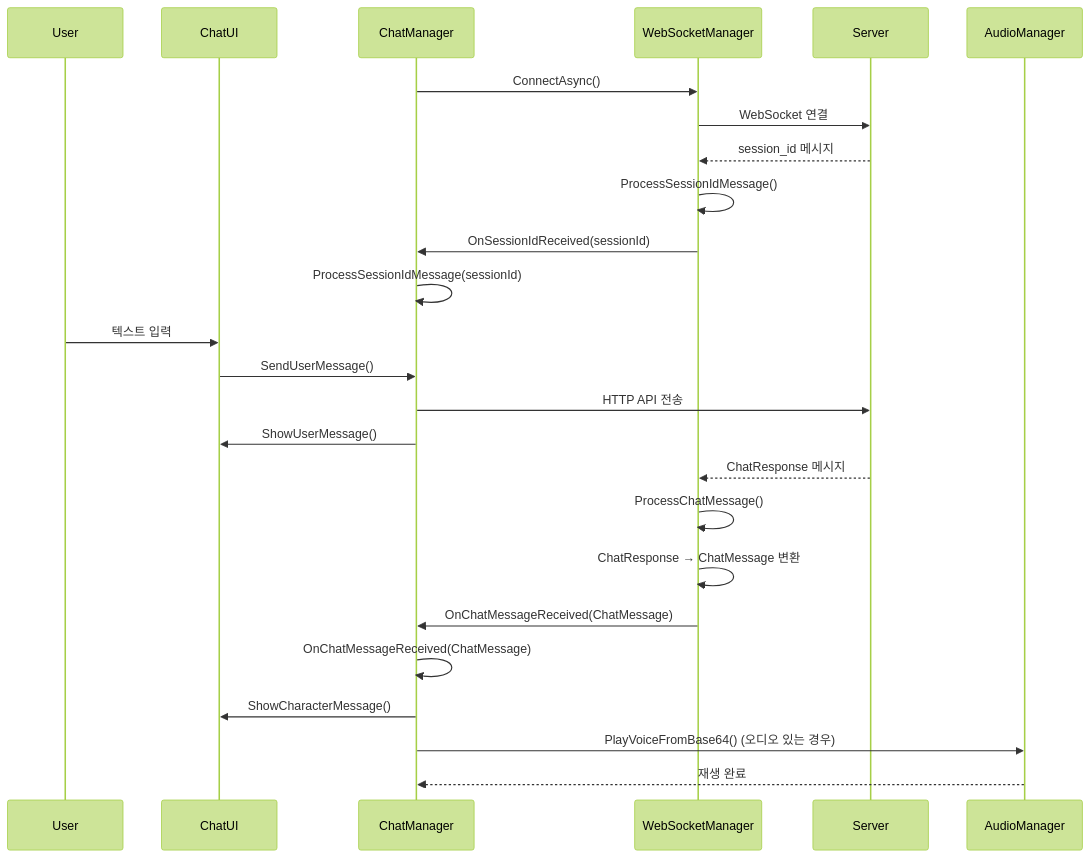
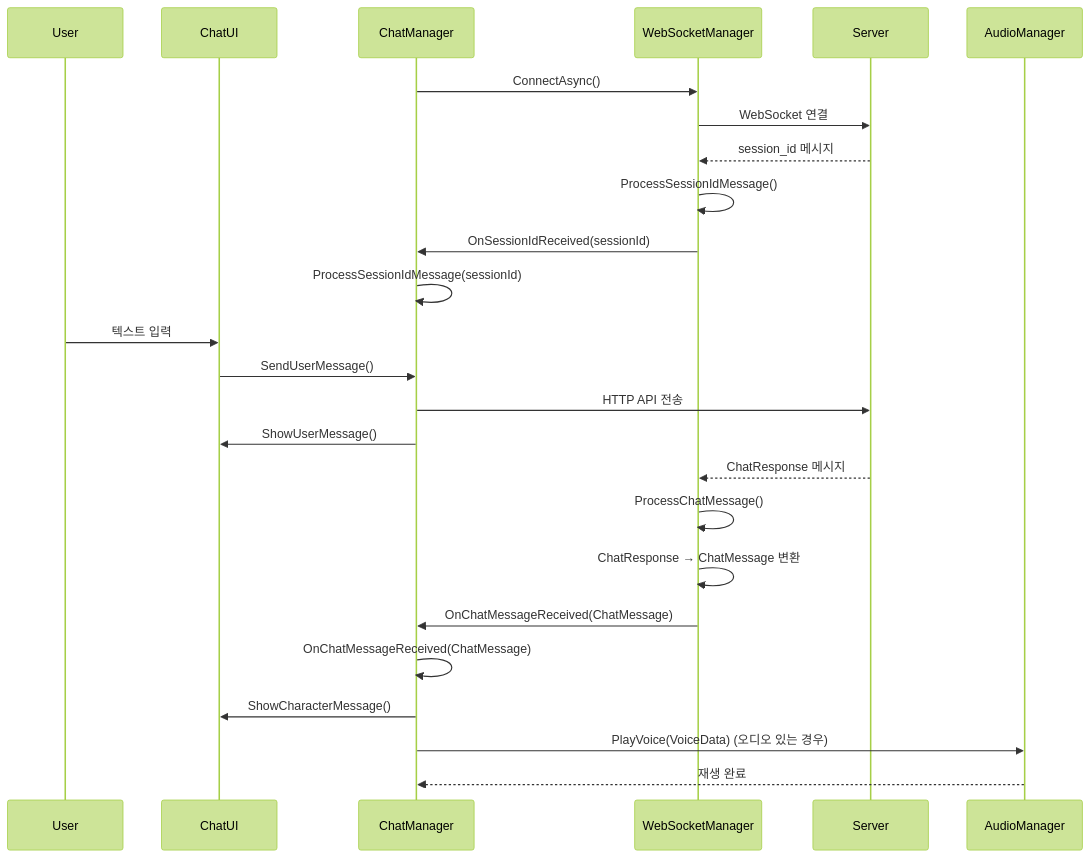
The second of 2 diagrams in Assets/Docs/Chat_System_Design_v2.md (ProjectVG/ProjectVG-Client), drawn with Mermaid (forest theme) before and after one commit. The commit also changed other lines of this file, not shown here.

````diff
--- a/Assets/Docs/Chat_System_Design_v2.md
+++ b/Assets/Docs/Chat_System_Design_v2.md
@@ -419,33 +397,33 @@
 ```mermaid
 sequenceDiagram
     participant User
     participant ChatUI
     participant ChatManager
     participant WebSocketManager
     participant Server
     participant AudioManager
 
     %% WebSocket 연결 및 세션ID 수신
     ChatManager->>WebSocketManager: ConnectAsync()
     WebSocketManager->>Server: WebSocket 연결
     Server-->>WebSocketManager: session_id 메시지
     WebSocketManager->>WebSocketManager: ProcessSessionIdMessage()
     WebSocketManager->>ChatManager: OnSessionIdReceived(sessionId)
     ChatManager->>ChatManager: ProcessSessionIdMessage(sessionId)
 
     %% 유저 메시지 전송
     User->>ChatUI: 텍스트 입력
     ChatUI->>ChatManager: SendUserMessage()
     ChatManager->>Server: HTTP API 전송
     ChatManager->>ChatUI: ShowUserMessage()
 
     %% 서버 응답 수신 (ChatResponse → ChatMessage)
     Server-->>WebSocketManager: ChatResponse 메시지
     WebSocketManager->>WebSocketManager: ProcessChatMessage()
     WebSocketManager->>WebSocketManager: ChatResponse → ChatMessage 변환
     WebSocketManager->>ChatManager: OnChatMessageReceived(ChatMessage)
     ChatManager->>ChatManager: OnChatMessageReceived(ChatMessage)
     ChatManager->>ChatUI: ShowCharacterMessage()
-    ChatManager->>AudioManager: PlayVoiceFromBase64() (오디오 있는 경우)
+    ChatManager->>AudioManager: PlayVoice(VoiceData) (오디오 있는 경우)
     AudioManager-->>ChatManager: 재생 완료
 ```
````
